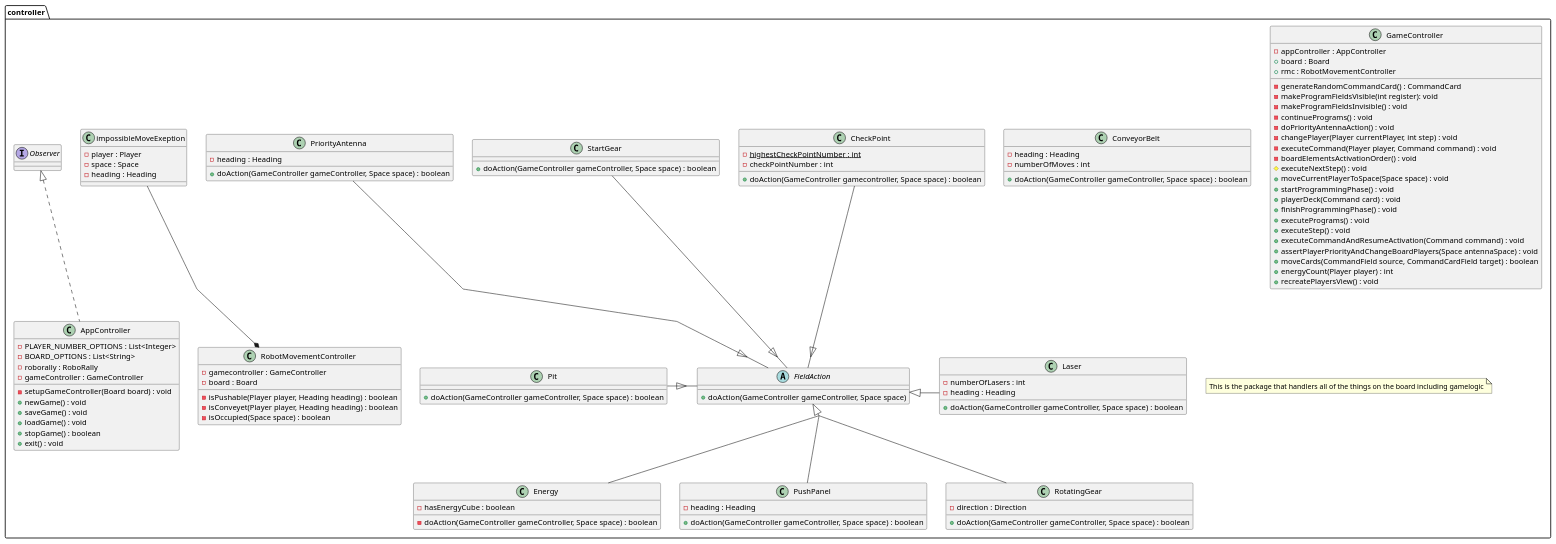
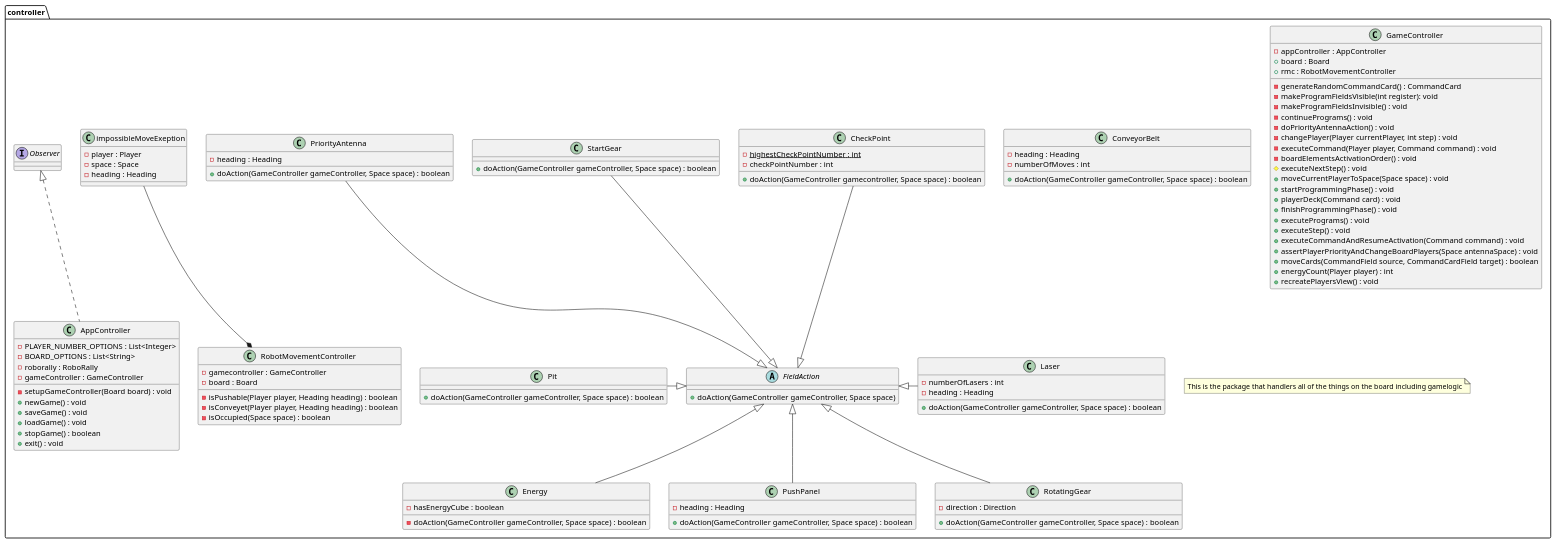
The diagram in diagrams/DesignClassDiagramPackageController.puml (MikaelFangel/RoboRally), drawn with PlantUML before and after one commit. The commit also changed 2 other files, not shown here.

Commit message:
Updated some class design diagrams.

```diff
--- a/diagrams/DesignClassDiagramPackageController.puml
+++ b/diagrams/DesignClassDiagramPackageController.puml
@@ -1,122 +1,119 @@
 @startuml
 package controller{
-skinparam groupInheritance 2
-skinparam linetype polyline
-
    class AppController implements Observer{
       -PLAYER_NUMBER_OPTIONS : List<Integer>
       -BOARD_OPTIONS : List<String>
       -roborally : RoboRally
       -gameController : GameController
 
       -setupGameController(Board board) : void
       +newGame() : void
       +saveGame() : void
       +loadGame() : void
       +stopGame() : boolean
       +exit() : void
    }
    class CheckPoint{
      {Static} -highestCheckPointNumber : int
      -checkPointNumber : int
 
      +doAction(GameController gamecontroller, Space space) : boolean
    }
    class ConveyorBelt{
      -heading : Heading
      -numberOfMoves : int
 
      +doAction(GameController gameController, Space space) : boolean
    }
    class Energy{
      -hasEnergyCube : boolean
 
      -doAction(GameController gameController, Space space) : boolean
    }
    abstract class FieldAction{
       +doAction(GameController gameController, Space space)
    }
    class GameController{
       -appController : AppController
       +board : Board
       +rmc : RobotMovementController
 
       -generateRandomCommandCard() : CommandCard
       -makeProgramFieldsVisible(int register): void
       -makeProgramFieldsInvisible() : void
       -continuePrograms() : void
       -doPriorityAntennaAction() : void
       -changePlayer(Player currentPlayer, int step) : void
       -executeCommand(Player player, Command command) : void
       -boardElementsActivationOrder() : void
       #executeNextStep() : void
       +moveCurrentPlayerToSpace(Space space) : void
       +startProgrammingPhase() : void
       +playerDeck(Command card) : void
       +finishProgrammingPhase() : void
       +executePrograms() : void
       +executeStep() : void
       +executeCommandAndResumeActivation(Command command) : void
       +assertPlayerPriorityAndChangeBoardPlayers(Space antennaSpace) : void
       +moveCards(CommandField source, CommandCardField target) : boolean
       +energyCount(Player player) : int
       +recreatePlayersView() : void
    }
    class Laser{
      -numberOfLasers : int
      -heading : Heading
 
      +doAction(GameController gameController, Space space) : boolean
    }
    class Pit{
       +doAction(GameController gameController, Space space) : boolean
    }
    class PriorityAntenna{
       -heading : Heading
 
       +doAction(GameController gameController, Space space) : boolean
    }
    class PushPanel{
       -heading : Heading
 
       +doAction(GameController gameController, Space space) : boolean
    }
    class RobotMovementController{
       -gamecontroller : GameController
       -board : Board
 
       -isPushable(Player player, Heading heading) : boolean
       -isConveyet(Player player, Heading heading) : boolean
       -isOccupied(Space space) : boolean
 
    }
    class impossibleMoveExeption{
       -player : Player
       -space : Space
       -heading : Heading
    }
    class RotatingGear{
      -direction : Direction
 
      +doAction(GameController gameController, Space space) : boolean
    }
    class StartGear{
       +doAction(GameController gameController, Space space) : boolean
    }
    RobotMovementController *-u- impossibleMoveExeption
    note "This is the package that handlers all of the things on the board including gamelogic" as note1
 }
 
 
 
 FieldAction <|-l- Pit
 FieldAction <|-r- Laser
 FieldAction <|-d- Energy
 FieldAction <|-u- PriorityAntenna
 FieldAction <|-d- PushPanel
 FieldAction <|-d- RotatingGear
 FieldAction <|-u- StartGear
 FieldAction <|-u- CheckPoint
 
 
 @enduml
```
